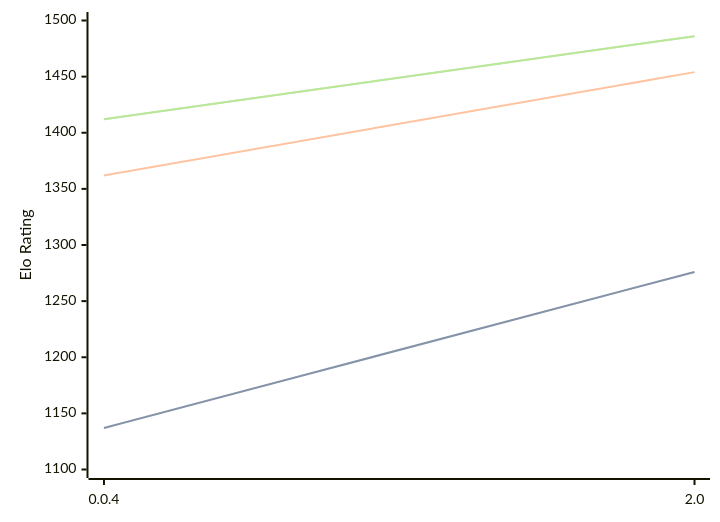
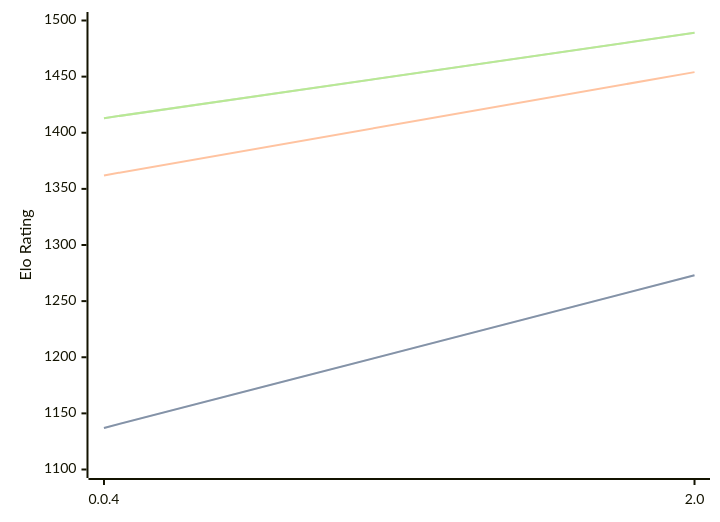
One commit to computer-chess-index/cci changed the diagram in engines/Oops!Mate.md. Above: the diagram before and after it, drawn with Mermaid. The commit also changed other lines of this file, not shown here.

Commit message:
Update CCI Ratings (ELO VLTC) - 2026-09-14

````diff
--- a/engines/Oops!Mate.md
+++ b/engines/Oops!Mate.md
@@ -33,11 +33,11 @@
 ```mermaid
 %%{init: {"theme":"base","themeVariables":{"seriesColors:['#a3a3a3','#222221','#faa371']}}}%%
 xychart-beta
   x-axis ["0.0.4", "2.0"]
   y-axis "Elo Rating" 1100 --> 1500
-  line "" [1137, 1276]
-  line "STC (8.0+0.08s)" [1137, 1276]
+  line "" [1137, 1273]
+  line "STC (8.0+0.08s)" [1137, 1273]
   line "LTC (60.0+0.60s)" [1362, 1454]
-  line "" [1412, 1486]
-  line "VLTC (2m24s+1.12s)" [1412, 1486]
+  line "" [1413, 1489]
+  line "VLTC (2m24s+1.12s)" [1413, 1489]
 ```
````
